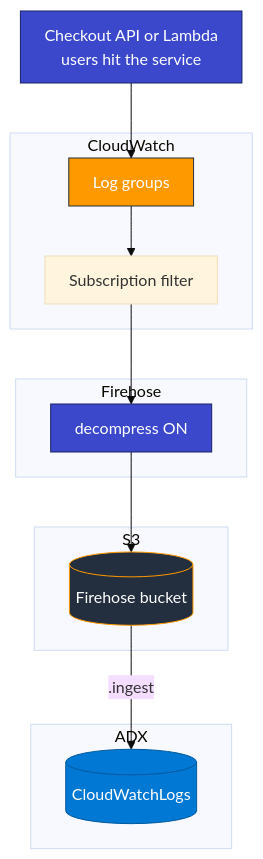
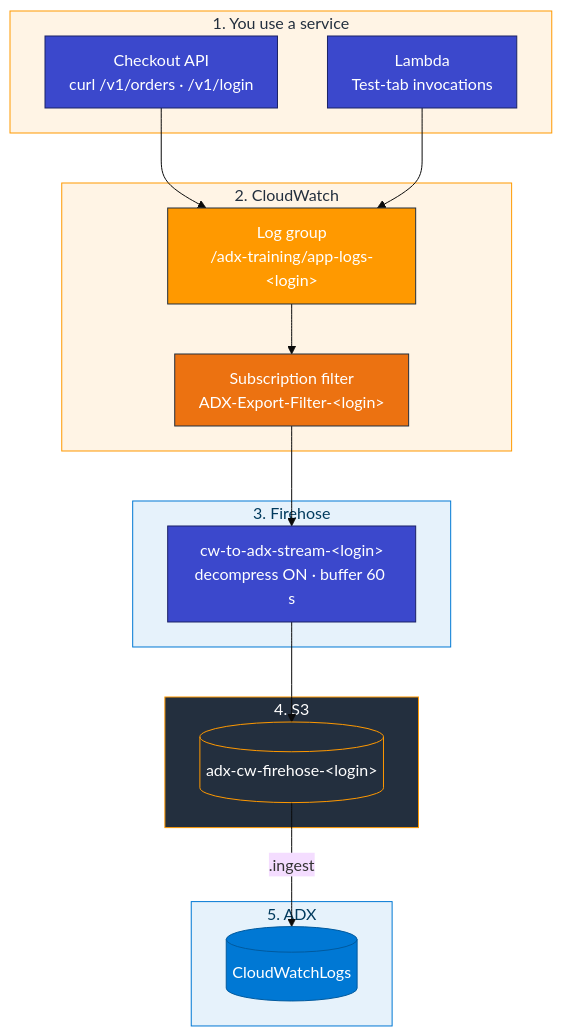
Before and after one commit to atingupta2005/adx-aws-training-aug-26: the first of 2 diagrams in Module_03_AWS_CloudWatch/03_CloudWatch_to_ADX_Lab.md, drawn with Mermaid. The commit also changed other lines of this file and 6 other files, not shown here.

````diff
--- a/Module_03_AWS_CloudWatch/03_CloudWatch_to_ADX_Lab.md
+++ b/Module_03_AWS_CloudWatch/03_CloudWatch_to_ADX_Lab.md
@@ -35,24 +27,37 @@
 ```mermaid
 %%{init: {"theme":"base","flowchart":{"htmlLabels":true,"padding":12}}}%%
 flowchart TB
-  subgraph cw [CloudWatch]
-    LG["Log groups"]
-    SF["Subscription filter"]
+  subgraph src [1. You use a service]
+    API["Checkout API<br/>curl /v1/orders · /v1/login"]
+    LAM["Lambda<br/>Test-tab invocations"]
   end
-  subgraph kin [Firehose]
-    FH["decompress ON"]
+  subgraph cw [2. CloudWatch]
+    LG["Log group<br/>/adx-training/app-logs-&lt;login&gt;"]
+    SF["Subscription filter<br/>ADX-Export-Filter-&lt;login&gt;"]
   end
-  subgraph s3 [S3]
-    BKT[("Firehose bucket")]
+  subgraph del [3. Firehose]
+    FH["cw-to-adx-stream-&lt;login&gt;<br/>decompress ON · buffer 60 s"]
   end
-  subgraph adx [ADX]
+  subgraph store [4. S3]
+    BKT[("adx-cw-firehose-&lt;login&gt;")]
+  end
+  subgraph adxDB [5. ADX]
     TBL[("CloudWatchLogs")]
   end
-  API["Checkout API or Lambda<br/>users hit the service"] --> LG
-  LG --> SF --> FH --> BKT -->|".ingest"| TBL
+  API --> LG
+  LAM --> LG
+  LG --> SF --> FH --> BKT
+  BKT -->|".ingest"| TBL
+  style src fill:#FFF4E5,stroke:#FF9900,color:#232F3E
+  style cw fill:#FFF4E5,stroke:#FF9900,color:#232F3E
+  style del fill:#E6F2FB,stroke:#0078D4,color:#003A5D
+  style store fill:#232F3E,stroke:#FF9900,color:#fff
+  style adxDB fill:#E6F2FB,stroke:#0078D4,color:#003A5D
   style API fill:#3B48CC,stroke:#1B2266,color:#fff
+  style LAM fill:#3B48CC,stroke:#1B2266,color:#fff
   style LG fill:#FF9900,stroke:#232F3E,color:#fff
+  style SF fill:#EC7211,stroke:#232F3E,color:#fff
   style FH fill:#3B48CC,stroke:#1B2266,color:#fff
   style BKT fill:#232F3E,stroke:#FF9900,color:#fff
   style TBL fill:#0078D4,stroke:#005A9E,color:#fff
 ```
````
